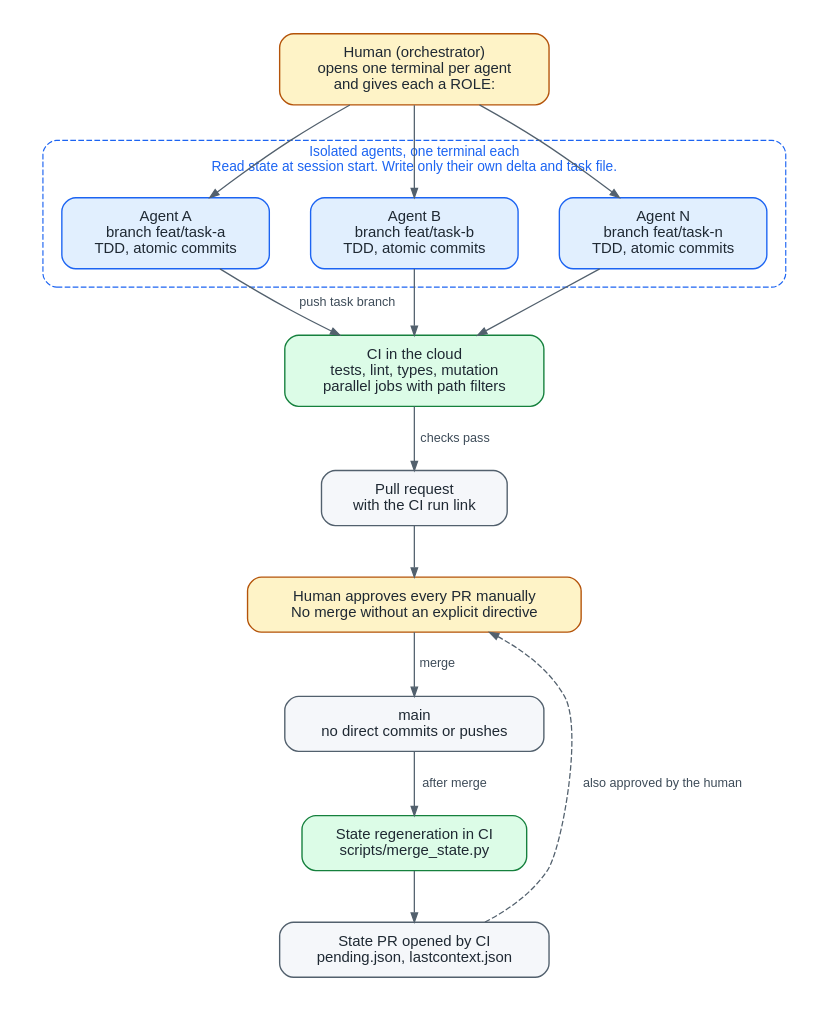
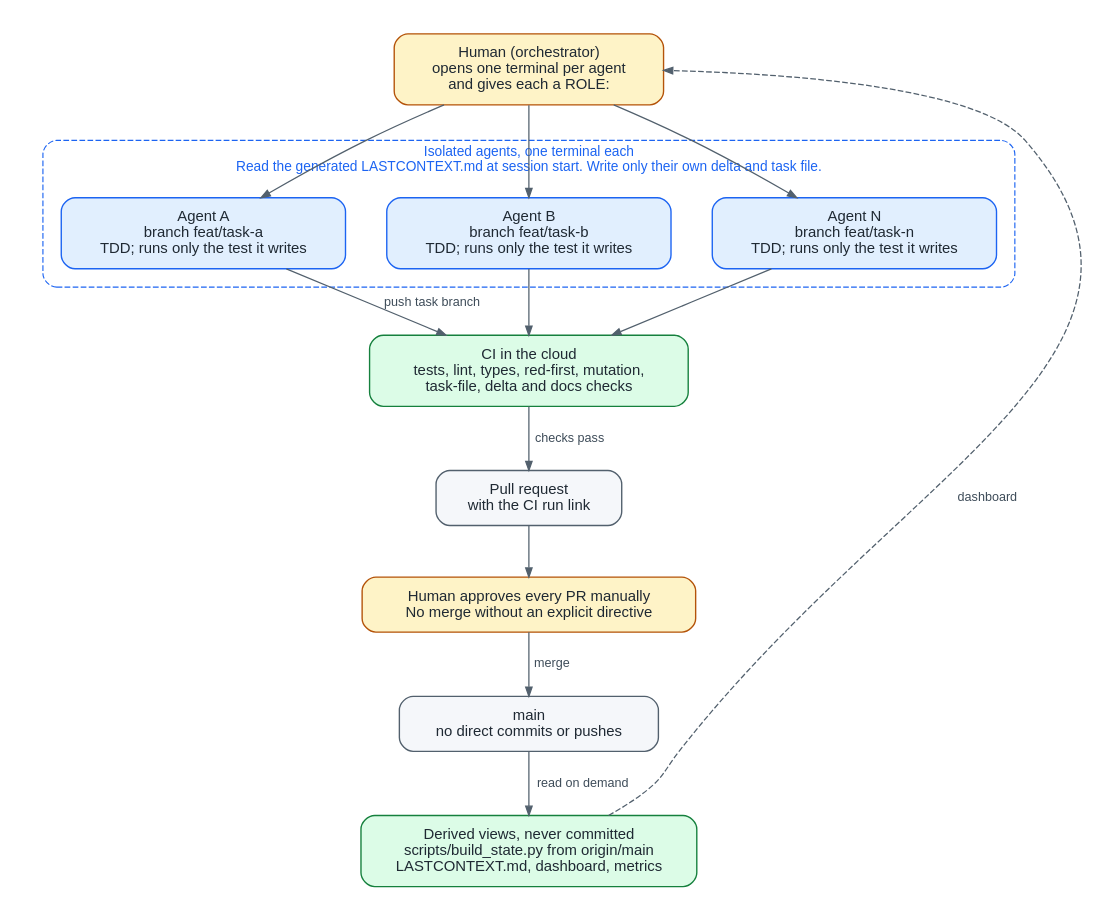
One commit to agustindiazcano/afaw-anti-fragile-agentic-workflow changed the diagram in docs/diagrams/01-overview.dot. Above: the diagram before and after it, drawn with Graphviz. The commit also changed 36 other files, not shown here.

```diff
--- a/docs/diagrams/01-overview.dot
+++ b/docs/diagrams/01-overview.dot
@@ -1,40 +1,38 @@
 digraph overview {
   graph [fontname="Helvetica", fontsize=13, bgcolor="white", pad=0.3, nodesep=0.5, ranksep=0.6, splines=true, rankdir=TB];
   node  [shape=box, style="rounded,filled", fontname="Helvetica", fontsize=13, color="#52606d", fillcolor="#f5f7fa", fontcolor="#1f2933", penwidth=1.2, margin="0.25,0.14"];
   edge  [fontname="Helvetica", fontsize=11, color="#52606d", fontcolor="#3e4c59", arrowsize=0.8, penwidth=1.1];
 
   node [fillcolor="#fef3c7", color="#b45309"];
   human   [label="Human (orchestrator)\nopens one terminal per agent\nand gives each a ROLE:"];
   approve [label="Human approves every PR manually\nNo merge without an explicit directive"];
 
   subgraph cluster_agents {
-    label="Isolated agents, one terminal each\nRead state at session start. Write only their own delta and task file.";
+    label="Isolated agents, one terminal each\nRead the generated LASTCONTEXT.md at session start. Write only their own delta and task file.";
     labeljust=c; fontsize=12; fontcolor="#1c64f2"; style="rounded,dashed"; color="#1c64f2"; margin=16;
     node [fillcolor="#e1effe", color="#1c64f2"];
-    a1 [label="Agent A\nbranch feat/task-a\nTDD, atomic commits"];
-    a2 [label="Agent B\nbranch feat/task-b\nTDD, atomic commits"];
-    a3 [label="Agent N\nbranch feat/task-n\nTDD, atomic commits"];
+    a1 [label="Agent A\nbranch feat/task-a\nTDD; runs only the test it writes"];
+    a2 [label="Agent B\nbranch feat/task-b\nTDD; runs only the test it writes"];
+    a3 [label="Agent N\nbranch feat/task-n\nTDD; runs only the test it writes"];
   }
 
   node [fillcolor="#dcfce7", color="#15803d"];
-  ci      [label="CI in the cloud\ntests, lint, types, mutation\nparallel jobs with path filters"];
-  merge   [label="State regeneration in CI\nscripts/merge_state.py"];
+  ci      [label="CI in the cloud\ntests, lint, types, red-first, mutation,\ntask-file, delta and docs checks"];
+  views   [label="Derived views, never committed\nscripts/build_state.py from origin/main\nLASTCONTEXT.md, dashboard, metrics"];
 
   node [fillcolor="#f5f7fa", color="#52606d"];
   pr      [label="Pull request\nwith the CI run link"];
   main    [label="main\nno direct commits or pushes"];
-  statepr [label="State PR opened by CI\npending.json, lastcontext.json"];
 
   human -> a1;
   human -> a2;
   human -> a3;
   a1 -> ci [label=" push task branch"];
   a2 -> ci;
   a3 -> ci;
   ci -> pr [label=" checks pass"];
   pr -> approve;
   approve -> main [label=" merge"];
-  main -> merge [label=" after merge"];
-  merge -> statepr;
-  statepr -> approve [constraint=false, style=dashed, label=" also approved by the human"];
+  main -> views [label=" read on demand"];
+  views -> human [constraint=false, style=dashed, label=" dashboard"];
 }
```
